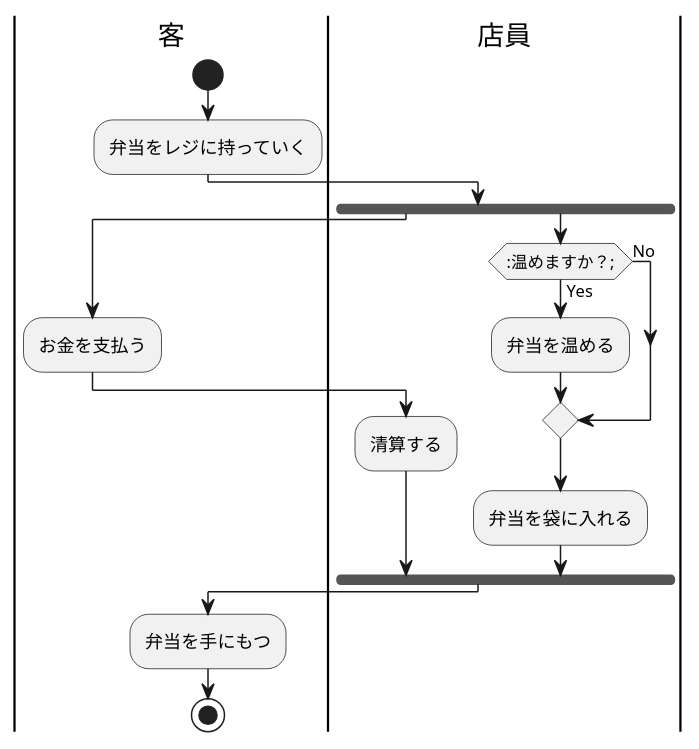
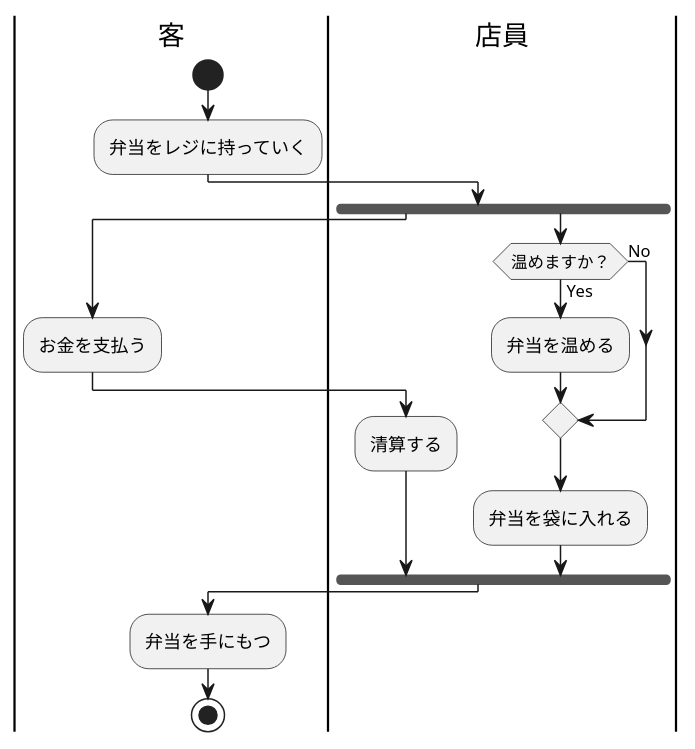
One commit to chibachibaibu2003/laughing-carnival changed the diagram in 7/図7-10_AC_コンビニで弁当買う.pu. Above: the diagram before and after it, drawn with PlantUML. The commit also changed 1 other file, not shown here.

```diff
--- a/7/図7-10_AC_コンビニで弁当買う.pu
+++ b/7/図7-10_AC_コンビニで弁当買う.pu
@@ -1,23 +1,23 @@
 @startuml 演習7-0
     |客|
     start
     :弁当をレジに持っていく;
     |店員|
     fork
     |客|
         :お金を支払う;
     |客|
     |店員|
         :清算する;
         fork again
-        if (:温めますか？;) is (Yes) then
+        if (温めますか？) is (Yes) then
             :弁当を温める;
         else (No) 
         endif
         :弁当を袋に入れる;
     fork end
     |客|
         :弁当を手にもつ;
     stop
             
 @enduml
```
